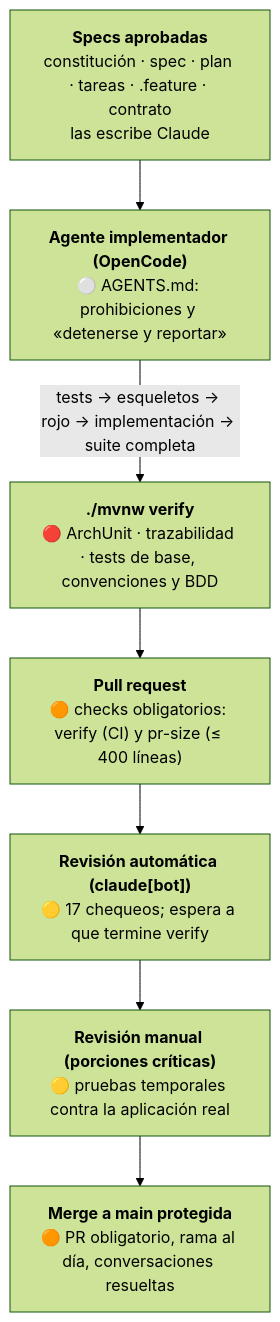
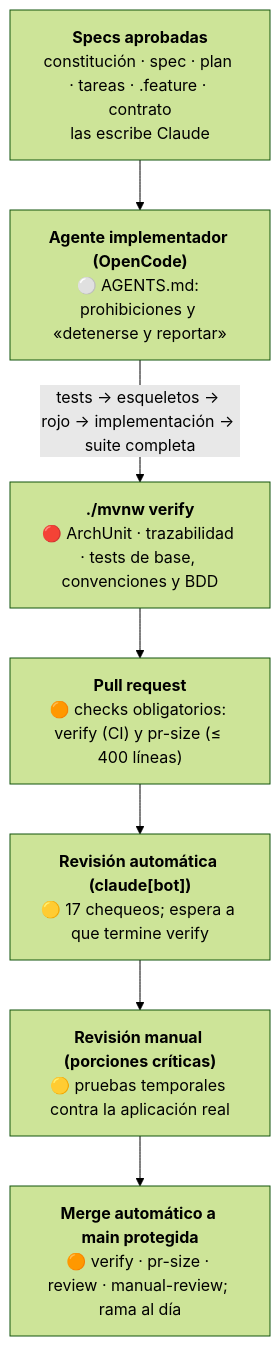
Before and after one commit to WallKsys/cocos-backend-challenge: the diagram in docs/reglas-y-barreras.md, drawn with Mermaid (forest theme). The commit also changed other lines of this file and 10 other files, not shown here.

First line of the commit message:
Auto-merge with a manual review gate for critical slices (TEC-35)

````diff
--- a/docs/reglas-y-barreras.md
+++ b/docs/reglas-y-barreras.md
@@ -37,13 +37,13 @@
 ```mermaid
 flowchart TD
     S["<b>Specs aprobadas</b><br/>constitución · spec · plan · tareas · .feature · contrato<br/>las escribe Claude"]
     A["<b>Agente implementador (OpenCode)</b><br/>⚪ AGENTS.md: prohibiciones y «detenerse y reportar»"]
     B["<b>./mvnw verify</b><br/>🔴 ArchUnit · trazabilidad · tests de base, convenciones y BDD"]
     P["<b>Pull request</b><br/>🟠 checks obligatorios: verify (CI) y pr-size (≤ 400 líneas)"]
     R["<b>Revisión automática (claude[bot])</b><br/>🟡 17 chequeos; espera a que termine verify"]
     M["<b>Revisión manual (porciones críticas)</b><br/>🟡 pruebas temporales contra la aplicación real"]
-    G["<b>Merge a main protegida</b><br/>🟠 PR obligatorio, rama al día, conversaciones resueltas"]
+    G["<b>Merge automático a main protegida</b><br/>🟠 verify · pr-size · review · manual-review; rama al día"]
     S --> A
     A -- "tests → esqueletos → rojo → implementación → suite completa" --> B
     B --> P --> R --> M --> G
 ```
````
